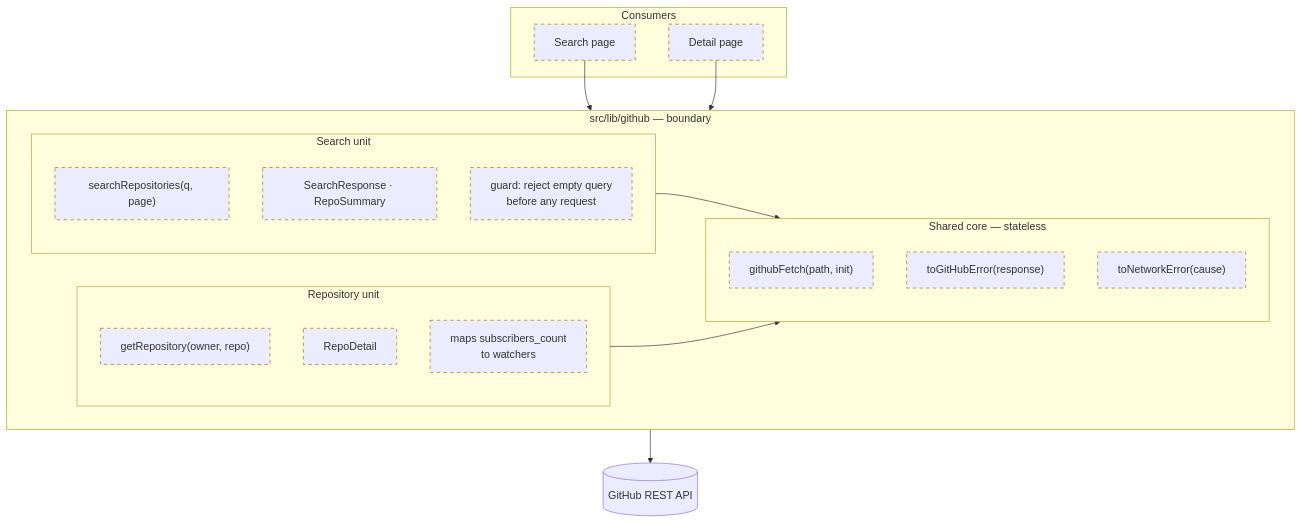
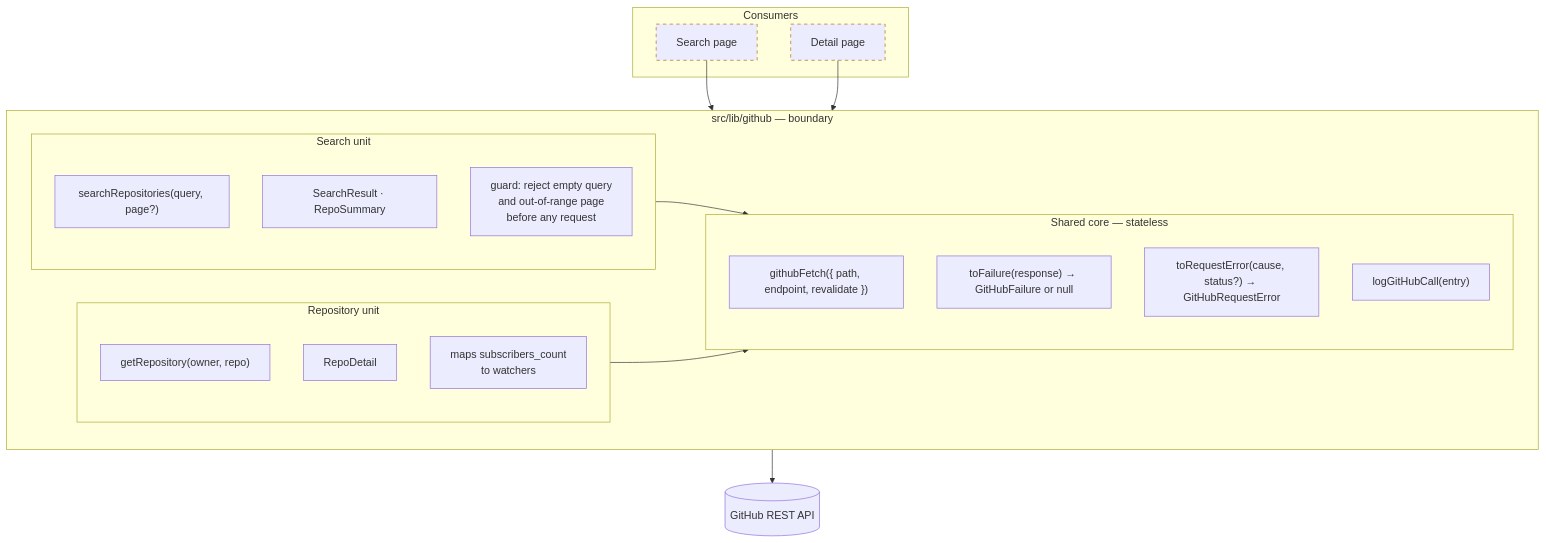
The third of 5 diagrams in docs/ARCHITECTURE.md (tommisullivan/github-repo-search), drawn with Mermaid before and after one commit. The commit also changed other lines of this file and 33 other files, not shown here.

First line of the commit message:
Phase 1: typed, server-side GitHub client with named failures (#10)

````diff
--- a/docs/ARCHITECTURE.md
+++ b/docs/ARCHITECTURE.md
@@ -150,38 +163,39 @@
 ```mermaid
 flowchart TB
     subgraph consumers["Consumers"]
         C1["Search page"]
         C2["Detail page"]
     end
 
     subgraph boundary["src/lib/github — boundary"]
         direction LR
         subgraph U1["Search unit"]
             direction TB
-            F1["searchRepositories(q, page)"]
-            T1["SearchResponse · RepoSummary"]
-            G1["guard: reject empty query<br/>before any request"]
+            F1["searchRepositories(query, page?)"]
+            T1["SearchResult · RepoSummary"]
+            G1["guard: reject empty query<br/>and out-of-range page<br/>before any request"]
         end
         subgraph U2["Repository unit"]
             direction TB
             F2["getRepository(owner, repo)"]
             T2["RepoDetail"]
             G2["maps subscribers_count<br/>to watchers"]
         end
         subgraph CORE["Shared core — stateless"]
             direction TB
-            F3["githubFetch(path, init)"]
-            F4["toGitHubError(response)"]
-            F5["toNetworkError(cause)"]
+            F3["githubFetch({ path, endpoint, revalidate })"]
+            F4["toFailure(response) → GitHubFailure or null"]
+            F5["toRequestError(cause, status?) → GitHubRequestError"]
+            F6["logGitHubCall(entry)"]
         end
     end
 
     C1 --> U1
     C2 --> U2
     U1 --> CORE
     U2 --> CORE
     CORE --> EXT[("GitHub REST API")]
 
     classDef planned stroke:#b26a00,stroke-width:1px,stroke-dasharray:5 5
-    class C1,C2,F1,F2,F3,F4,F5,T1,T2,G1,G2 planned
+    class C1,C2 planned
 ```
````
